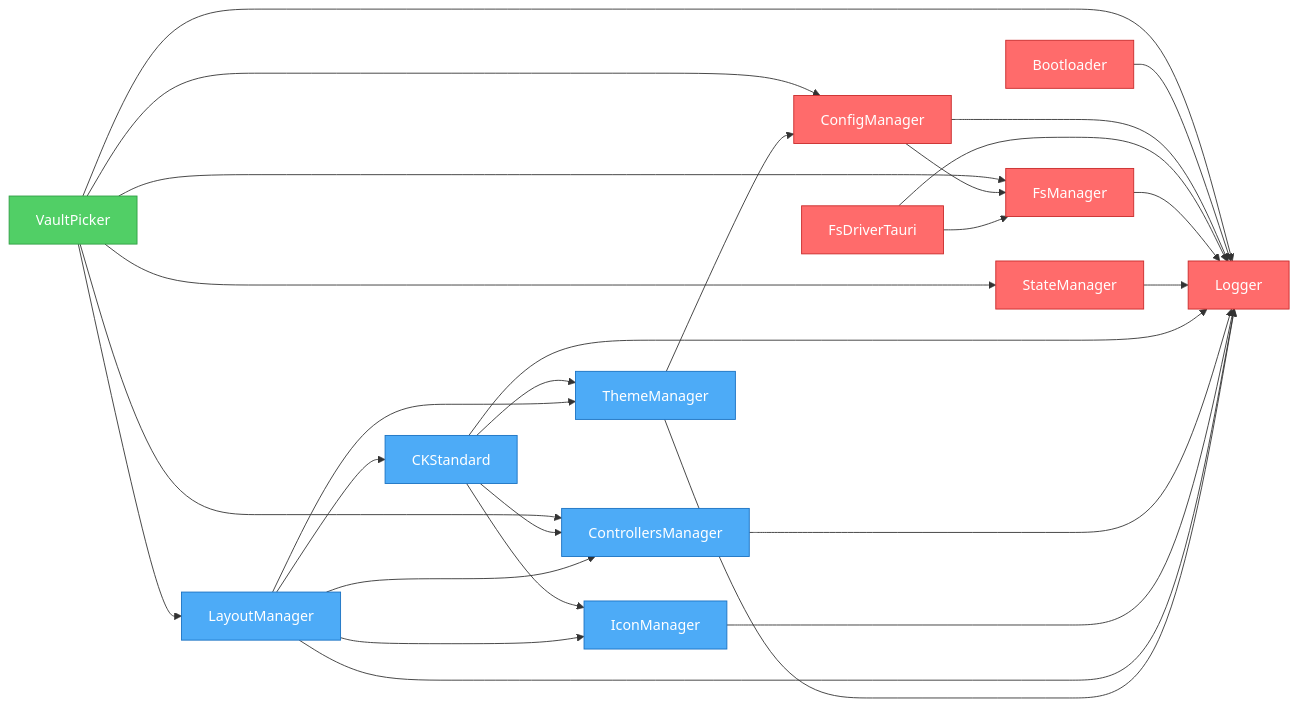
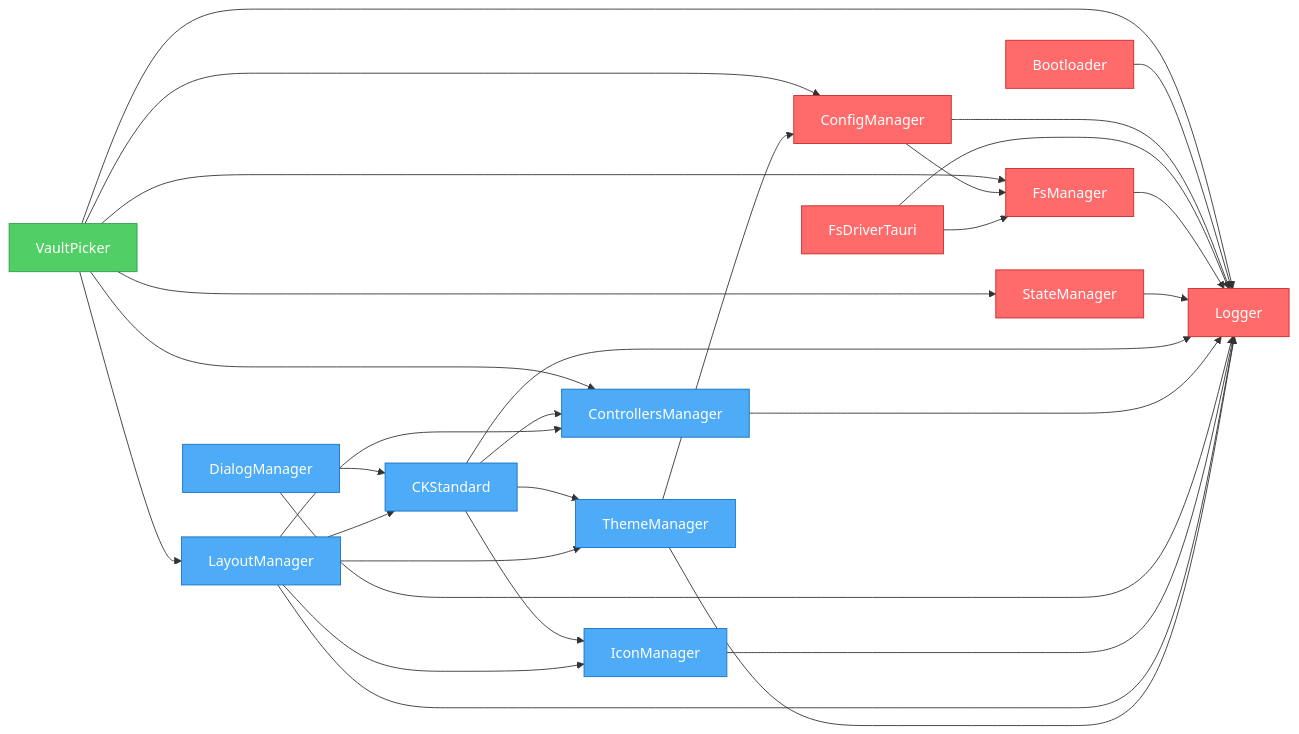
Before and after one commit to khton-tech/notehub.md: the diagram in artifacts/graph.mmd, drawn with Mermaid. The commit also changed 16 other files, not shown here.

Commit message:
feat: Add new dialog-manager, theme-manager, and vault-picker plugins with dependency graph generation.

```diff
--- a/artifacts/graph.mmd
+++ b/artifacts/graph.mmd
@@ -1,47 +1,50 @@
 flowchart LR
     nh_features_vault-picker["VaultPicker"]
     nh_system_bootloader["Bootloader"]
     nh_system_config-manager["ConfigManager"]
     nh_system_fs-driver-tauri["FsDriverTauri"]
     nh_system_fs-manager["FsManager"]
     nh_system_logger["Logger"]
     nh_system_state-manager["StateManager"]
     nh_ui_ck-standard["CKStandard"]
     nh_ui_controllers-manager["ControllersManager"]
+    nh_ui_dialog-manager["DialogManager"]
     nh_ui_icon-manager["IconManager"]
     nh_ui_layout-manager["LayoutManager"]
     nh_ui_theme-manager["ThemeManager"]
     nh_features_vault-picker --> nh_system_fs-manager
     nh_features_vault-picker --> nh_system_config-manager
     nh_features_vault-picker --> nh_system_state-manager
     nh_features_vault-picker --> nh_system_logger
     nh_features_vault-picker --> nh_ui_controllers-manager
     nh_features_vault-picker --> nh_ui_layout-manager
     nh_system_bootloader --> nh_system_logger
     nh_system_config-manager --> nh_system_logger
     nh_system_config-manager --> nh_system_fs-manager
     nh_system_fs-driver-tauri --> nh_system_logger
     nh_system_fs-driver-tauri --> nh_system_fs-manager
     nh_system_fs-manager --> nh_system_logger
     nh_system_state-manager --> nh_system_logger
     nh_ui_ck-standard --> nh_system_logger
     nh_ui_ck-standard --> nh_ui_controllers-manager
     nh_ui_ck-standard --> nh_ui_icon-manager
     nh_ui_ck-standard --> nh_ui_theme-manager
     nh_ui_controllers-manager --> nh_system_logger
+    nh_ui_dialog-manager --> nh_system_logger
+    nh_ui_dialog-manager --> nh_ui_ck-standard
     nh_ui_icon-manager --> nh_system_logger
     nh_ui_layout-manager --> nh_system_logger
     nh_ui_layout-manager --> nh_ui_theme-manager
     nh_ui_layout-manager --> nh_ui_icon-manager
     nh_ui_layout-manager --> nh_ui_controllers-manager
     nh_ui_layout-manager --> nh_ui_ck-standard
     nh_ui_theme-manager --> nh_system_logger
     nh_ui_theme-manager --> nh_system_config-manager
 
     %% Styles
     classDef system fill:#ff6b6b,stroke:#c92a2a,color:#fff
     classDef ui fill:#4dabf7,stroke:#1971c2,color:#fff
     classDef feature fill:#51cf66,stroke:#2f9e44,color:#fff
     class nh_features_vault-picker feature
     class nh_system_bootloader,nh_system_config-manager,nh_system_fs-driver-tauri,nh_system_fs-manager,nh_system_logger,nh_system_state-manager system
-    class nh_ui_ck-standard,nh_ui_controllers-manager,nh_ui_icon-manager,nh_ui_layout-manager,nh_ui_theme-manager ui
+    class nh_ui_ck-standard,nh_ui_controllers-manager,nh_ui_dialog-manager,nh_ui_icon-manager,nh_ui_layout-manager,nh_ui_theme-manager ui
```
